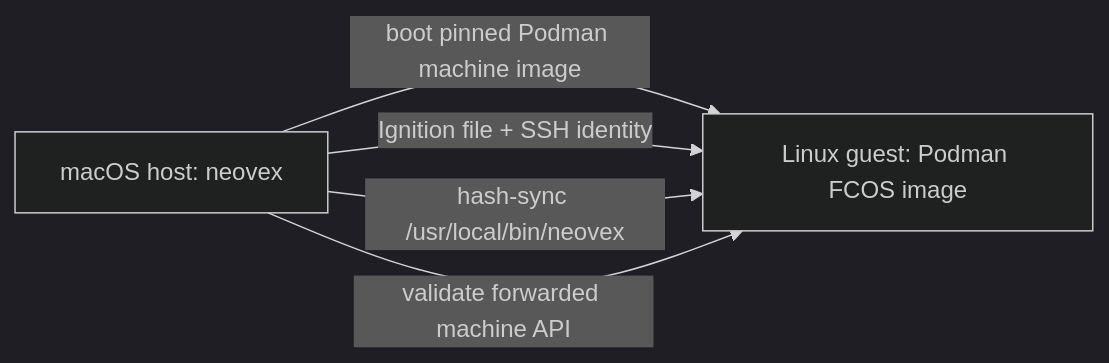
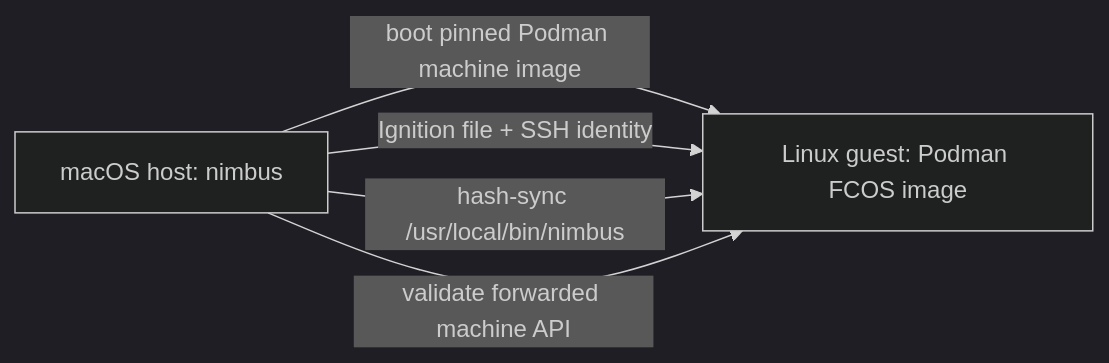
One commit to nimbus/nimbus changed the first of 2 diagrams in docs/plans/research/bootc-adoption-evaluation.md. Above: the diagram before and after it, drawn with Mermaid (dark theme). The commit also changed other lines of this file and 6725 other files, not shown here.

First line of the commit message:
rename: complete neovex→nimbus rebrand across entire codebase

````diff
--- a/docs/plans/research/bootc-adoption-evaluation.md
+++ b/docs/plans/research/bootc-adoption-evaluation.md
@@ -73,7 +73,7 @@
 ```mermaid
 flowchart LR
-    Host["macOS host: neovex"] -->|"boot pinned Podman machine image"| Guest["Linux guest: Podman FCOS image"]
+    Host["macOS host: nimbus"] -->|"boot pinned Podman machine image"| Guest["Linux guest: Podman FCOS image"]
     Host -->|"Ignition file + SSH identity"| Guest
-    Host -->|"hash-sync /usr/local/bin/neovex"| Guest
+    Host -->|"hash-sync /usr/local/bin/nimbus"| Guest
     Host -->|"validate forwarded machine API"| Guest
 ```
````
